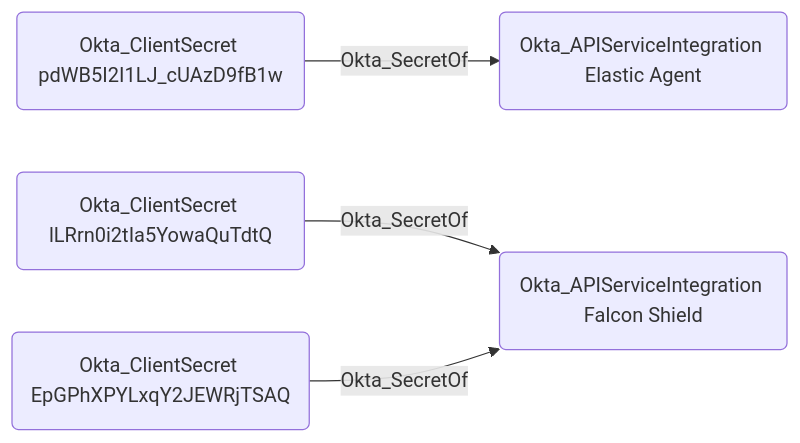
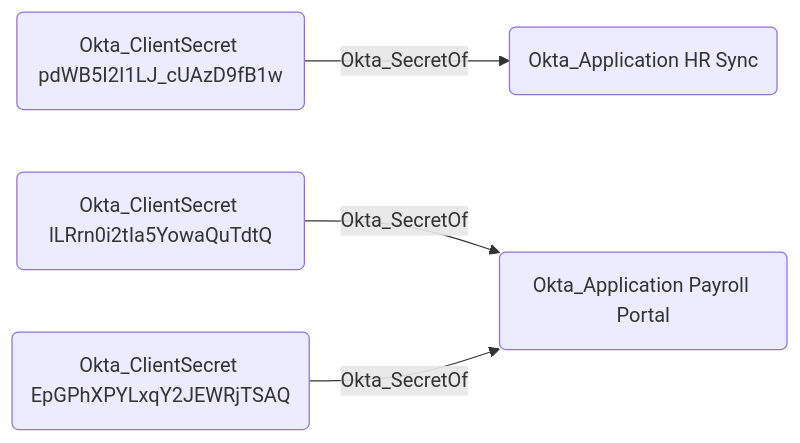
One commit to SpecterOps/openhound-okta changed the diagram in descriptions/edges/Okta_SecretOf.md. Above: the diagram before and after it, drawn with Mermaid. The commit also changed other lines of this file and 46 other files, not shown here.

````diff
--- a/descriptions/edges/Okta_SecretOf.md
+++ b/descriptions/edges/Okta_SecretOf.md
@@ -5,11 +5,11 @@
 ```mermaid
 graph LR
-    is1("Okta_APIServiceIntegration Elastic Agent")
-    is2("Okta_APIServiceIntegration Falcon Shield")
+    app1("Okta_Application HR Sync")
+    app2("Okta_Application Payroll Portal")
     cs1("Okta_ClientSecret pdWB5I2I1LJ_cUAzD9fB1w")
     cs2("Okta_ClientSecret lLRrn0i2tIa5YowaQuTdtQ")
     cs3("Okta_ClientSecret EpGPhXPYLxqY2JEWRjTSAQ")
-    cs1 -- Okta_SecretOf --> is1
-    cs2 -- Okta_SecretOf --> is2
-    cs3 -- Okta_SecretOf --> is2
+    cs1 -- Okta_SecretOf --> app1
+    cs2 -- Okta_SecretOf --> app2
+    cs3 -- Okta_SecretOf --> app2
 ```
````
